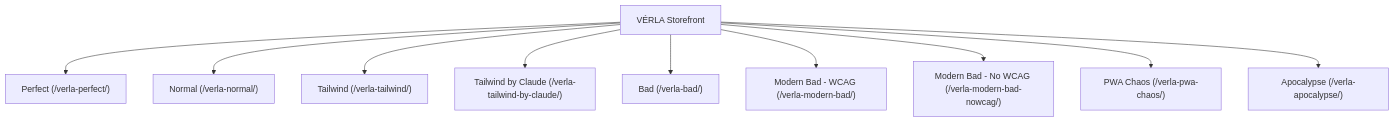
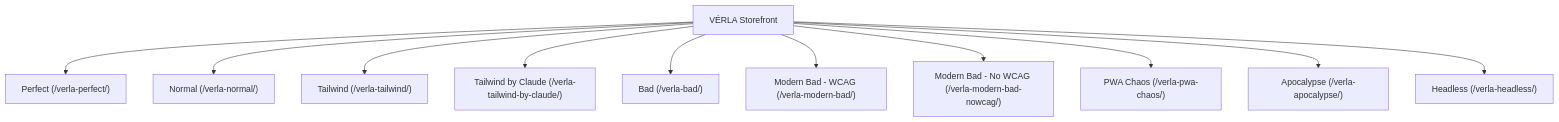
One commit to Xceptance/neodymium changed the diagram in doc/VERLA_DEMO_STORE.md. Above: the diagram before and after it, drawn with Mermaid. The commit also changed other lines of this file and 42 other files, not shown here.

First line of the commit message:
feat(verla): add VÉRLA Apparel and Headless storefront variants with tests

````diff
--- a/doc/VERLA_DEMO_STORE.md
+++ b/doc/VERLA_DEMO_STORE.md
@@ -13,12 +13,13 @@
 ```mermaid
 graph TD
     A[VÉRLA Storefront] --> B["Perfect (/verla-perfect/)"]
     A --> C["Normal (/verla-normal/)"]
     A --> D["Tailwind (/verla-tailwind/)"]
     A --> D2["Tailwind by Claude (/verla-tailwind-by-claude/)"]
     A --> E["Bad (/verla-bad/)"]
     A --> F["Modern Bad - WCAG (/verla-modern-bad/)"]
     A --> G["Modern Bad - No WCAG (/verla-modern-bad-nowcag/)"]
     A --> H["PWA Chaos (/verla-pwa-chaos/)"]
     A --> I["Apocalypse (/verla-apocalypse/)"]
+    A --> J["Headless (/verla-headless/)"]
 ```
````
